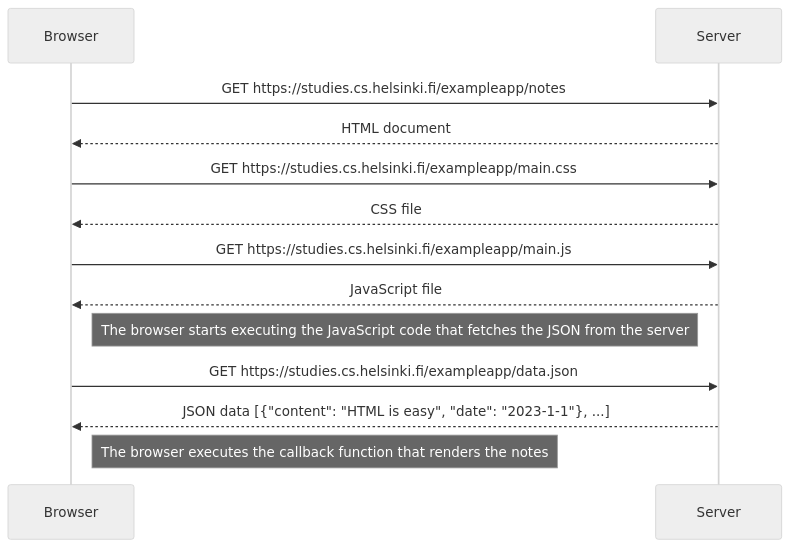
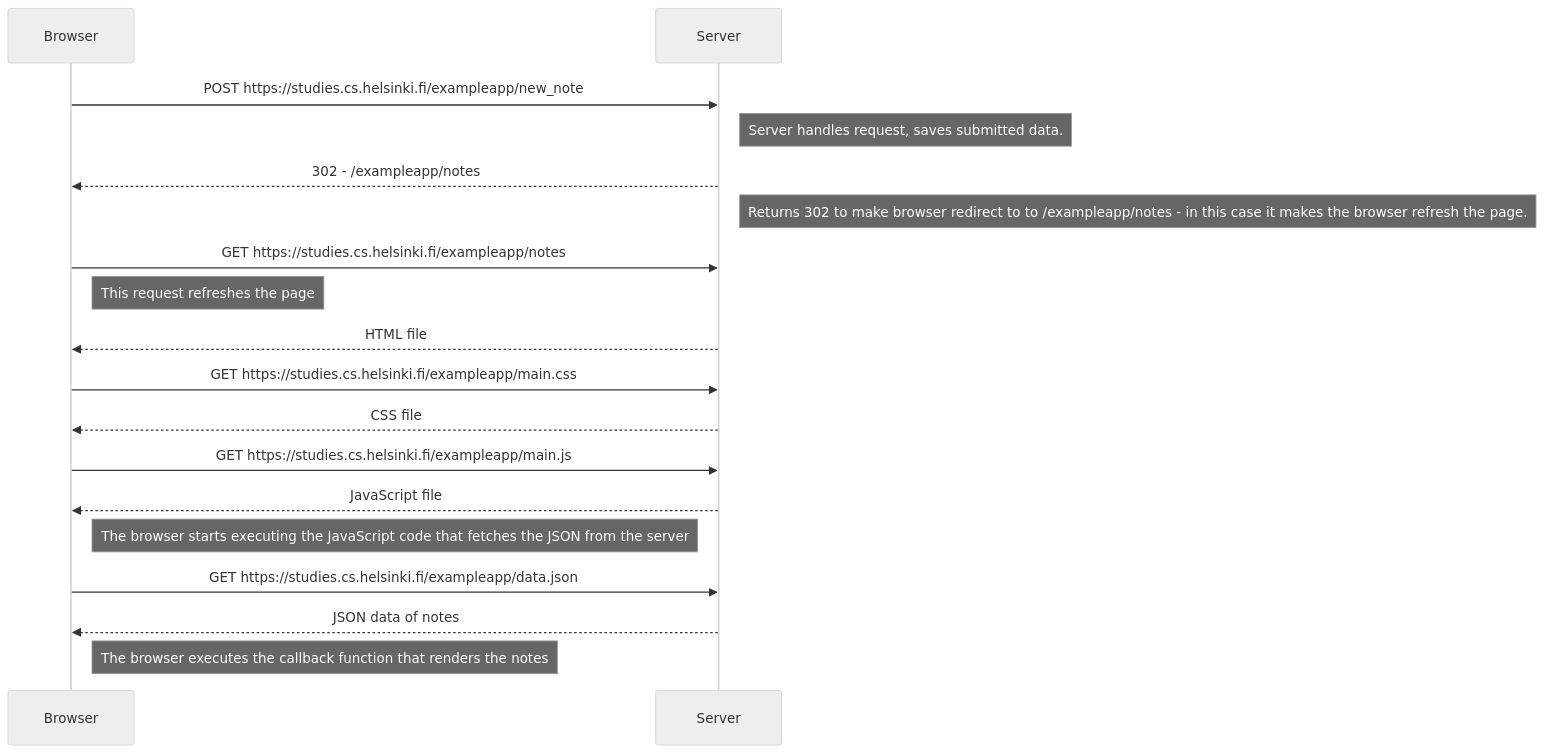
Before and after one commit to pietarni/FullStackKurssiPietari: the diagram in osa0/formkaavio.md, drawn with Mermaid (neutral theme).

Commit message:
Update formkaavio

````diff
--- a/osa0/formkaavio.md
+++ b/osa0/formkaavio.md
@@ -1,21 +1,30 @@
 ```mermaid
 sequenceDiagram
     participant browser as Browser
     participant server as Server
 
+    browser->>server: POST https://studies.cs.helsinki.fi/exampleapp/new_note
+    Note right of server: Server handles request, saves submitted data.
+
+    server-->>browser: 302 - /exampleapp/notes
+    Note right of server: Returns 302 to make browser redirect to to /exampleapp/notes - in this case it makes the browser refresh the page.
+    
     browser->>server: GET https://studies.cs.helsinki.fi/exampleapp/notes
-    server-->>browser: HTML document
+    Note right of browser: This request refreshes the page
     
+    server-->>browser: HTML file
+
     browser->>server: GET https://studies.cs.helsinki.fi/exampleapp/main.css
+
     server-->>browser: CSS file
-    
+
     browser->>server: GET https://studies.cs.helsinki.fi/exampleapp/main.js
     server-->>browser: JavaScript file
     
     Note right of browser: The browser starts executing the JavaScript code that fetches the JSON from the server
     
     browser->>server: GET https://studies.cs.helsinki.fi/exampleapp/data.json
-    server-->>browser: JSON data [{"content": "HTML is easy", "date": "2023-1-1"}, ...]
+    server-->>browser: JSON data of notes
 
     Note right of browser: The browser executes the callback function that renders the notes
 ```
````
